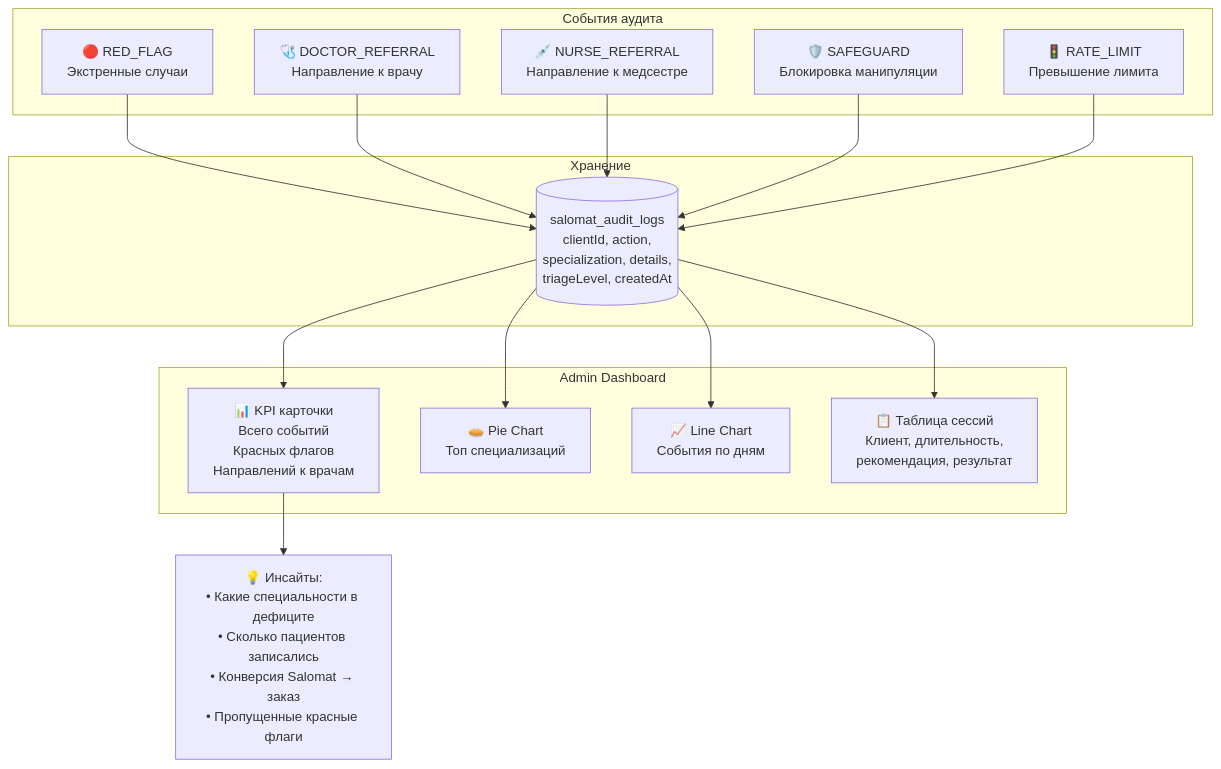
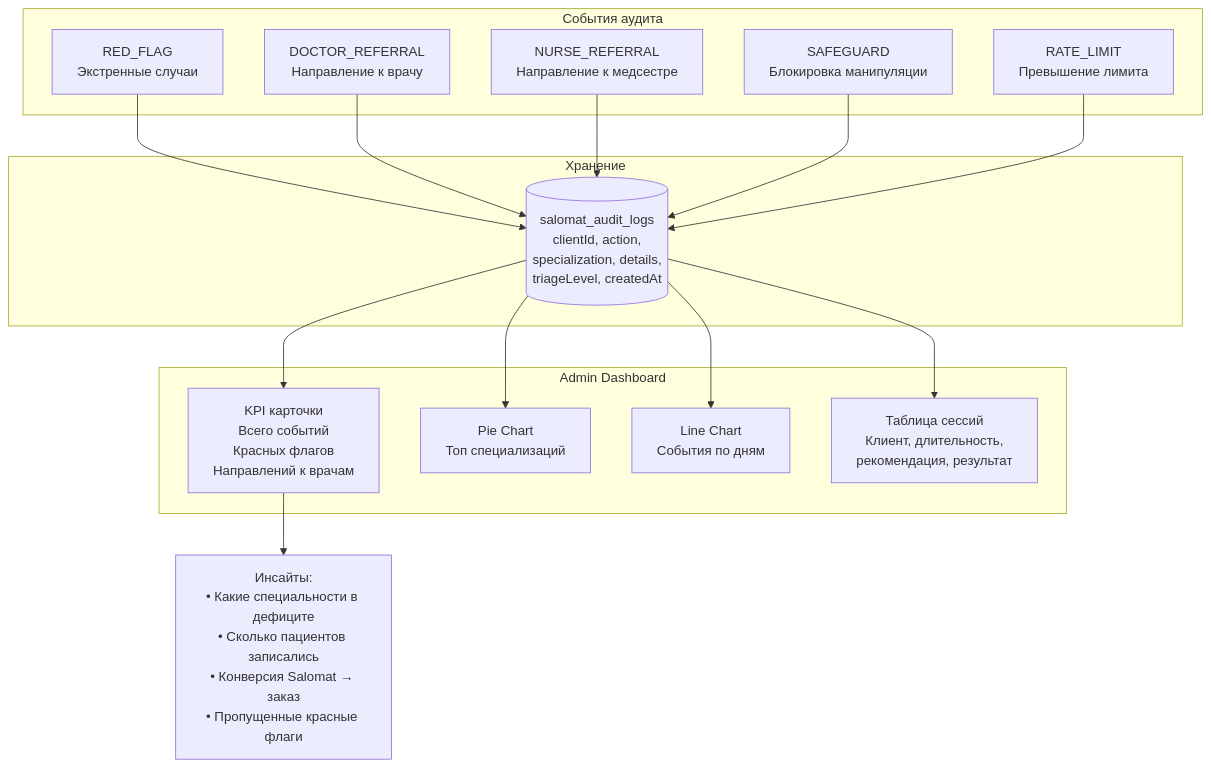
One commit to abubakirilhomov/hamshiraGo changed the ninth of 10 diagrams in docs/SALOMAT_FLOW.md. Above: the diagram before and after it, drawn with Mermaid. The commit also changed other lines of this file and 1 other file, not shown here.

First line of the commit message:
fix(docs): remove emoji + fix quotes in Mermaid diagrams

````diff
--- a/docs/SALOMAT_FLOW.md
+++ b/docs/SALOMAT_FLOW.md
@@ -313,34 +313,34 @@
 ```mermaid
 graph TB
     subgraph "События аудита"
-        E1[🔴 RED_FLAG<br/>Экстренные случаи]
-        E2[🩺 DOCTOR_REFERRAL<br/>Направление к врачу]
-        E3[💉 NURSE_REFERRAL<br/>Направление к медсестре]
-        E4[🛡️ SAFEGUARD<br/>Блокировка манипуляции]
-        E5[🚦 RATE_LIMIT<br/>Превышение лимита]
+        E1[RED_FLAG<br/>Экстренные случаи]
+        E2[DOCTOR_REFERRAL<br/>Направление к врачу]
+        E3[NURSE_REFERRAL<br/>Направление к медсестре]
+        E4[SAFEGUARD<br/>Блокировка манипуляции]
+        E5[RATE_LIMIT<br/>Превышение лимита]
     end
 
     subgraph "Хранение"
         DB[(salomat_audit_logs<br/>clientId, action,<br/>specialization, details,<br/>triageLevel, createdAt)]
     end
 
     subgraph "Admin Dashboard"
-        KPI[📊 KPI карточки<br/>Всего событий<br/>Красных флагов<br/>Направлений к врачам]
-        PIE[🥧 Pie Chart<br/>Топ специализаций]
-        LINE[📈 Line Chart<br/>События по дням]
-        TABLE[📋 Таблица сессий<br/>Клиент, длительность,<br/>рекомендация, результат]
+        KPI[KPI карточки<br/>Всего событий<br/>Красных флагов<br/>Направлений к врачам]
+        PIE[Pie Chart<br/>Топ специализаций]
+        LINE[Line Chart<br/>События по дням]
+        TABLE[Таблица сессий<br/>Клиент, длительность,<br/>рекомендация, результат]
     end
 
     E1 --> DB
     E2 --> DB
     E3 --> DB
     E4 --> DB
     E5 --> DB
 
     DB --> KPI
     DB --> PIE
     DB --> LINE
     DB --> TABLE
 
-    KPI --> INSIGHT[💡 Инсайты:<br/>• Какие специальности в дефиците<br/>• Сколько пациентов записались<br/>• Конверсия Salomat → заказ<br/>• Пропущенные красные флаги]
+    KPI --> INSIGHT[Инсайты:<br/>• Какие специальности в дефиците<br/>• Сколько пациентов записались<br/>• Конверсия Salomat → заказ<br/>• Пропущенные красные флаги]
 ```
````
